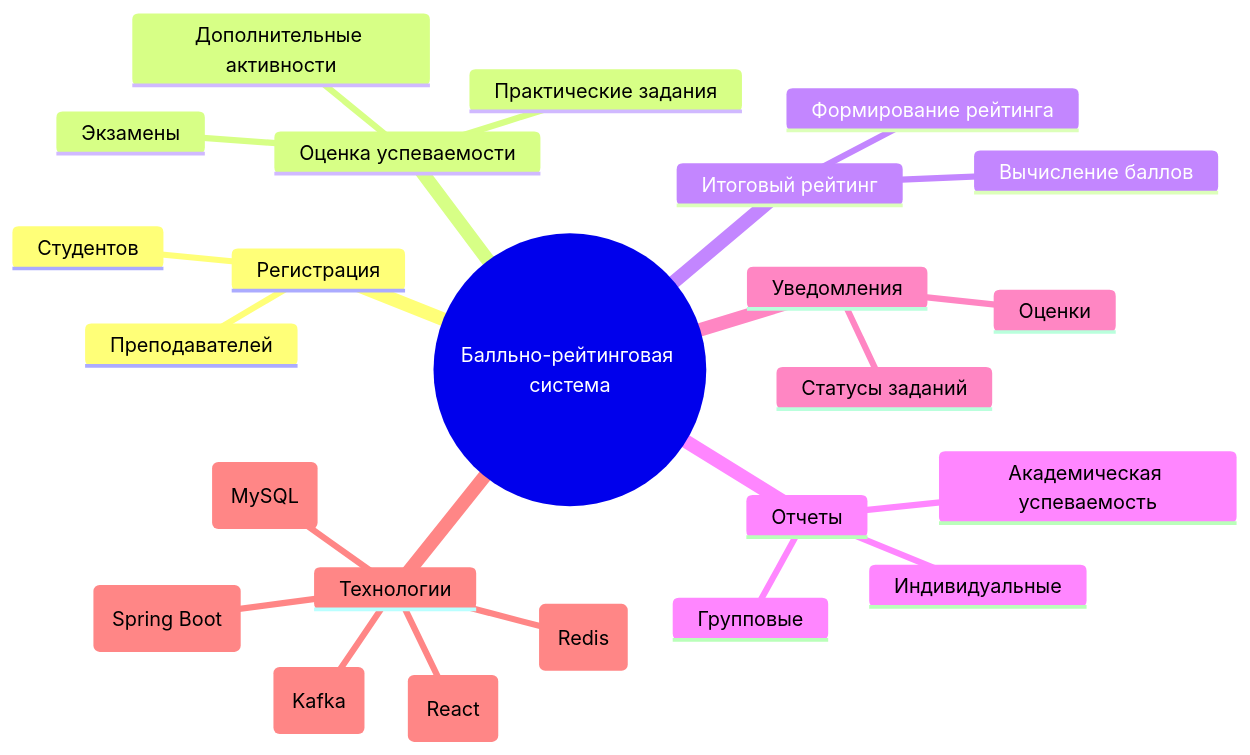
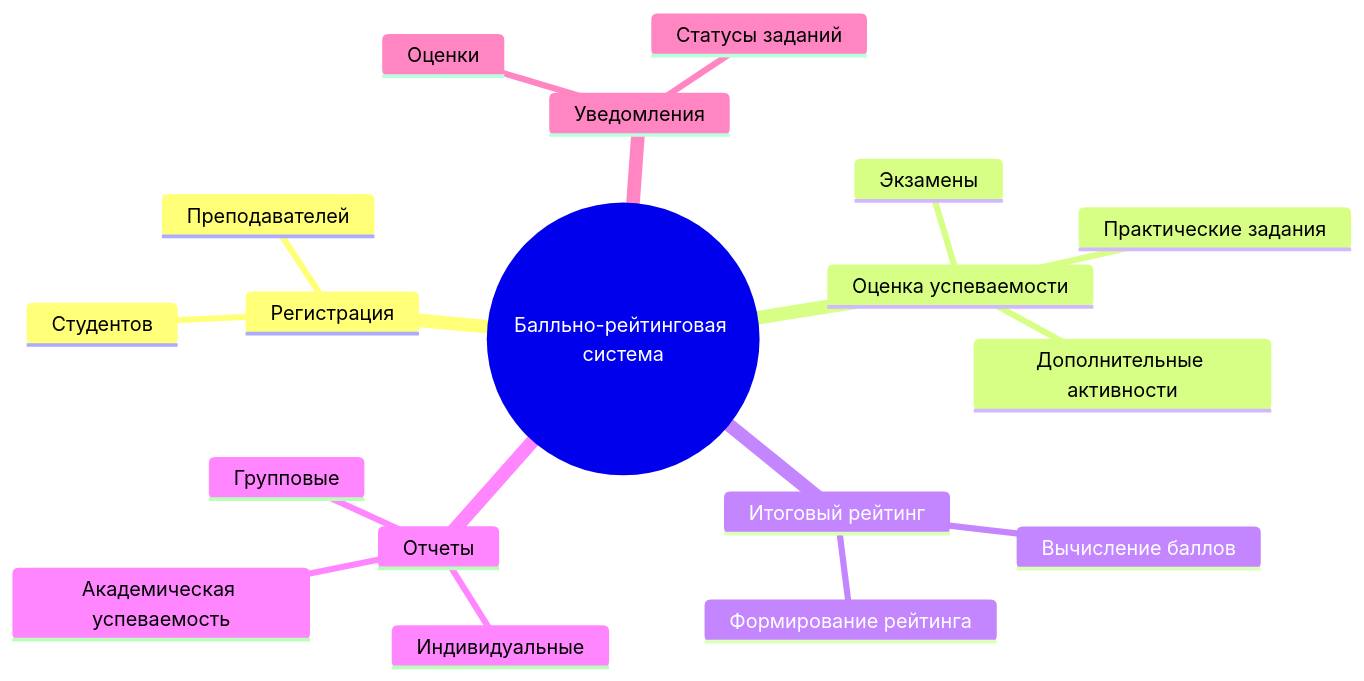
One commit to P3rs/mermaid-practice changed the first of 4 diagrams in README.md. Above: the diagram before and after it, drawn with Mermaid.

````diff
--- a/README.md
+++ b/README.md
@@ -15,27 +15,21 @@
 ```mermaid
 mindmap
   root((Балльно-рейтинговая система))
     Регистрация
       Студентов
       Преподавателей
     Оценка успеваемости
       Практические задания
       Экзамены
       Дополнительные активности
     Итоговый рейтинг
       Вычисление баллов
       Формирование рейтинга
     Отчеты
       Индивидуальные
       Групповые
       Академическая успеваемость
     Уведомления
       Оценки
       Статусы заданий
-    Технологии
-      Backend(Spring Boot)
-      Frontend(React)
-      База данных(MySQL)
-      Кэширование(Redis)
-      Сообщения(Kafka)
 ```
````
